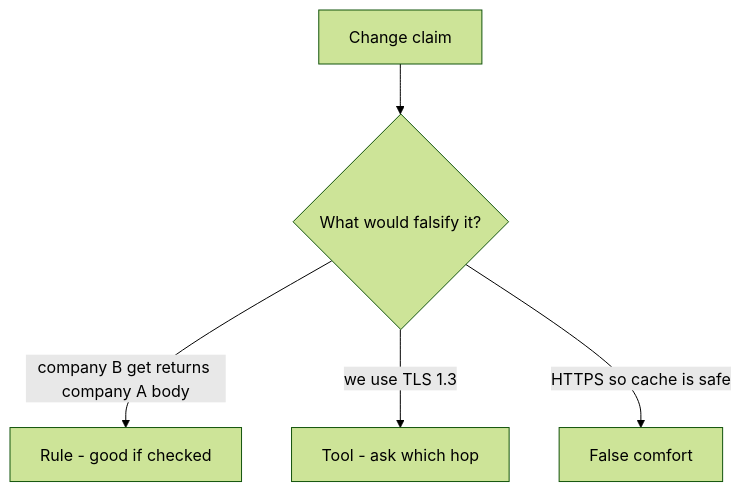
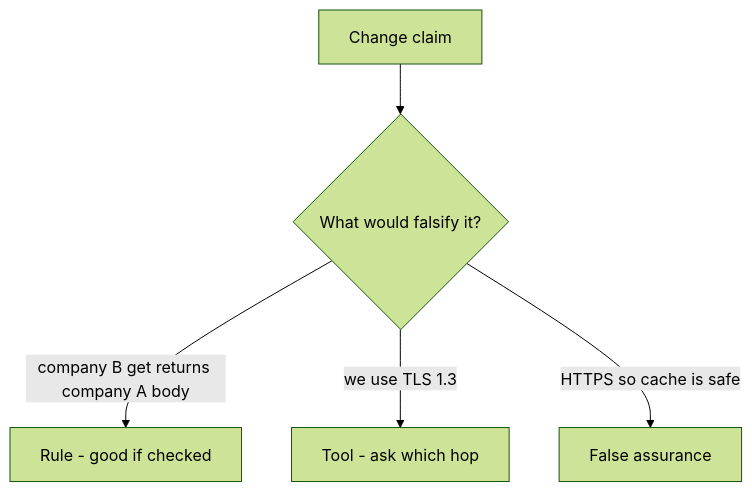
One commit to ishitvagoel/LearnSecurity changed the diagram in content/modules/2/2.2/lessons/08-review.md. Above: the diagram before and after it, drawn with Mermaid (forest theme). The commit also changed other lines of this file and 240 other files, not shown here.

````diff
--- a/content/modules/2/2.2/lessons/08-review.md
+++ b/content/modules/2/2.2/lessons/08-review.md
@@ -18,7 +18,7 @@
 ```mermaid
 flowchart TD
   Claim[Change claim] --> Q{What would falsify it?}
   Q -->|company B get returns company A body| Property["Rule - good if checked"]
   Q -->|"we use TLS 1.3"| Mechanism[Tool - ask which hop]
-  Q -->|HTTPS so cache is safe| False[False comfort]
+  Q -->|HTTPS so cache is safe| False[False assurance]
 ```
````
